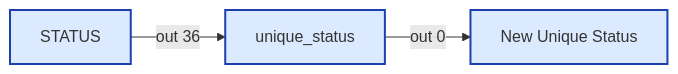
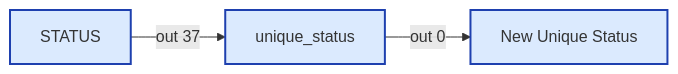
One commit to Backroads4Me/librecoach-node-red changed diagram 54 of 54 in src/wiring/status-routing.md. Above: the diagram before and after it, drawn with Mermaid. The commit also changed other lines of this file and 15 other files, not shown here.

````diff
--- a/src/wiring/status-routing.md
+++ b/src/wiring/status-routing.md
@@ -1820,14 +1854,14 @@
 ```mermaid
 flowchart LR
   classDef fn fill:#dbeafe,stroke:#1e40af,stroke-width:2px
   classDef ui fill:#ede9fe,stroke:#5b21b6,stroke-width:2px
   classDef sub fill:#fef3c7,stroke:#92400e,stroke-width:2px
   classDef link fill:#dcfce7,stroke:#166534,stroke-width:1px,stroke-dasharray:3 3
   classDef config fill:#f3f4f6,stroke:#6b7280,stroke-width:1px,stroke-dasharray:2 2
   classDef disabled opacity:0.5,stroke-dasharray:4 4
   n_48e6dda2b2d9["New Unique Status"]:::fn
   n_9f88f215f3f0["STATUS"]:::fn
   n_b797e5a52b6d["unique_status"]:::fn
-  n_9f88f215f3f0 -->|out 36| n_b797e5a52b6d
+  n_9f88f215f3f0 -->|out 37| n_b797e5a52b6d
   n_b797e5a52b6d -->|out 0| n_48e6dda2b2d9
 ```
````
